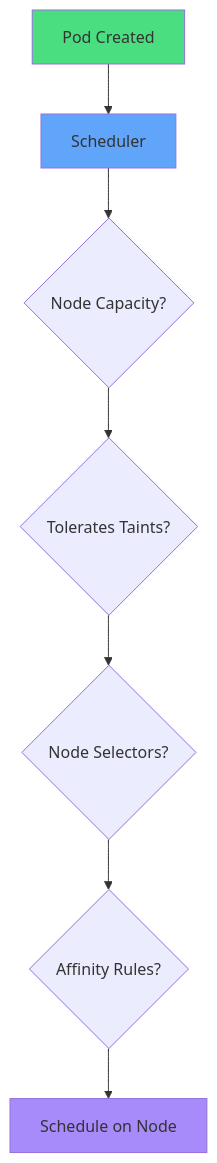
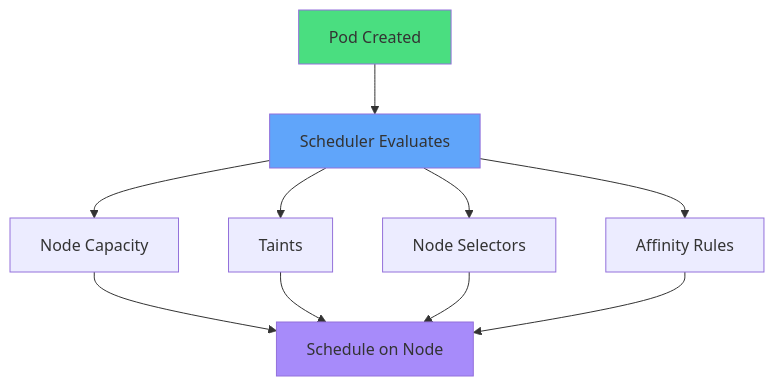
Before and after one commit to courselabs/kubernetes: the first of 8 diagrams in slides/affinity/slides.md, drawn with Mermaid. The commit also changed other lines of this file and 7 other files, not shown here.

````diff
--- a/slides/affinity/slides.md
+++ b/slides/affinity/slides.md
@@ -52,12 +59,12 @@
 ```mermaid
 graph TD
-    P[Pod Created] --> S[Scheduler]
-    S --> C{Node Capacity?}
-    C --> T{Tolerates Taints?}
-    T --> NS{Node Selectors?}
-    NS --> A{Affinity Rules?}
-    A --> N[Schedule on Node]
+    P[Pod Created] --> S[Scheduler Evaluates]
+    S --> C[Node Capacity]
+    S --> T[Taints]
+    S --> NS[Node Selectors]
+    S --> A[Affinity Rules]
+    C & T & NS & A --> N[Schedule on Node]
     style P fill:#4ade80
     style S fill:#60a5fa
     style N fill:#a78bfa
 ```
````
